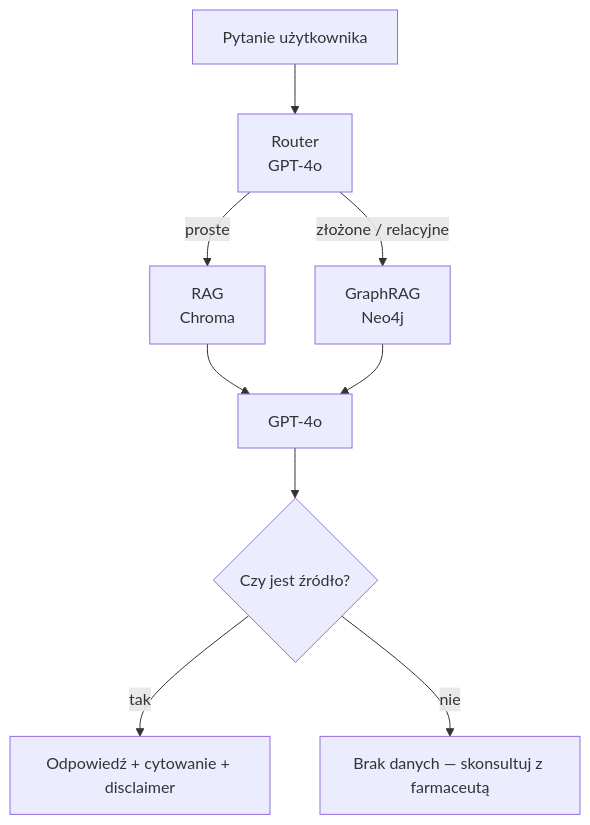
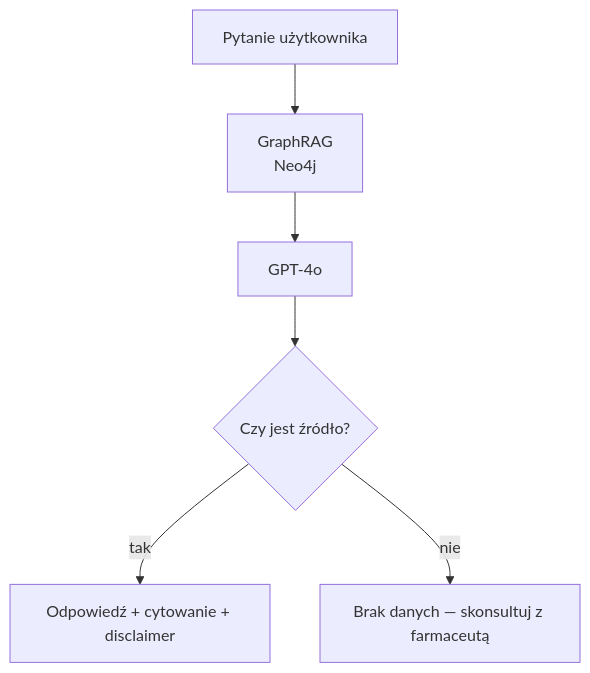
One commit to KrzysztofKroczynski/MedAi changed the fourth of 4 diagrams in PDD.md. Above: the diagram before and after it, drawn with Mermaid. The commit also changed other lines of this file and 1 other file, not shown here.

````diff
--- a/PDD.md
+++ b/PDD.md
@@ -113,11 +94,8 @@
 ```mermaid
 flowchart TD
-    Q["Pytanie użytkownika"] --> R["Router\nGPT-4o"]
-    R -->|"proste"| RAG["RAG\nChroma"]
-    R -->|"złożone / relacyjne"| GR["GraphRAG\nNeo4j"]
-    RAG --> LLM["GPT-4o"]
-    GR --> LLM
+    Q["Pytanie użytkownika"] --> GR["GraphRAG\nNeo4j"]
+    GR --> LLM["GPT-4o"]
     LLM --> SC{"Czy jest źródło?"}
     SC -->|tak| OK["Odpowiedź + cytowanie + disclaimer"]
     SC -->|nie| ND["Brak danych — skonsultuj z farmaceutą"]
 ```
````
